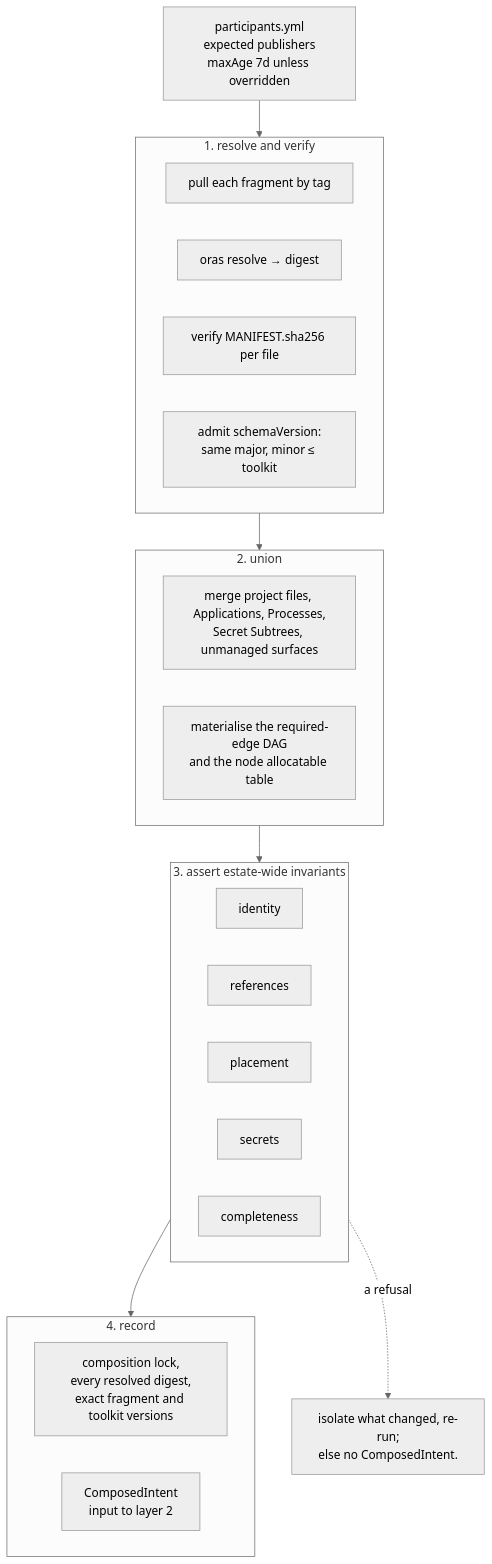
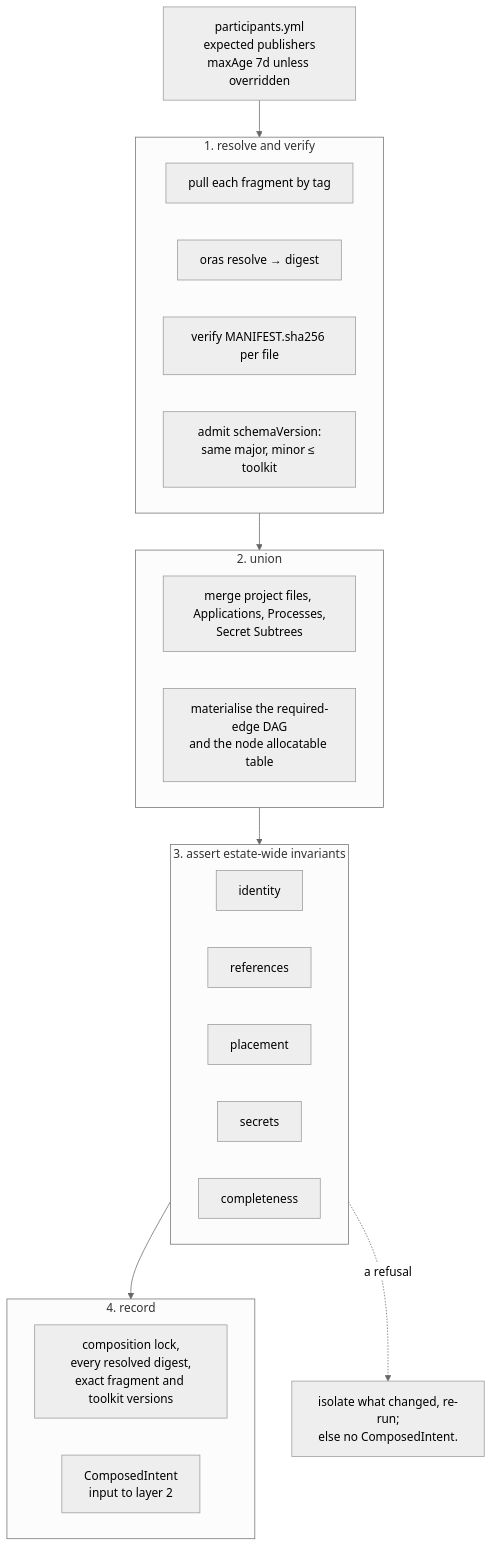
Before and after one commit to JorisJonkers-dev/deploy-kit: the diagram in spec/v1/40-composition.md, drawn with Mermaid (neutral theme). The commit also changed other lines of this file and 121 other files, not shown here.

````diff
--- a/spec/v1/40-composition.md
+++ b/spec/v1/40-composition.md
@@ -944,35 +846,35 @@
 ```mermaid
 flowchart TB
     P["participants.yml<br/>expected publishers<br/>maxAge 7d unless overridden"]
 
     subgraph PULL["1. resolve and verify"]
         p1["pull each fragment by tag"]
         p2["oras resolve → digest"]
         p3["verify MANIFEST.sha256 per file"]
         p4["admit schemaVersion:<br/>same major, minor ≤ toolkit"]
     end
 
     subgraph UNION["2. union"]
-        u1["merge project files, Applications, Processes,<br/>Secret Subtrees, unmanaged surfaces"]
+        u1["merge project files, Applications, Processes,<br/>Secret Subtrees"]
         u2["materialise the required-edge DAG<br/>and the node allocatable table"]
     end
 
     subgraph ASSERT["3. assert estate-wide invariants"]
         a1["identity"]
         a2["references"]
         a3["placement"]
         a4["secrets"]
         a5["completeness"]
     end
 
     subgraph OUT["4. record"]
         o1["composition lock,<br/>every resolved digest,<br/>exact fragment and toolkit versions"]
         o2["ComposedIntent<br/>input to layer 2"]
     end
 
     P --> PULL
     PULL --> UNION
     UNION --> ASSERT
     ASSERT --> OUT
     ASSERT -.->|"a refusal"| X["isolate what changed, re-run;<br/>else no ComposedIntent."]
 ```
````
